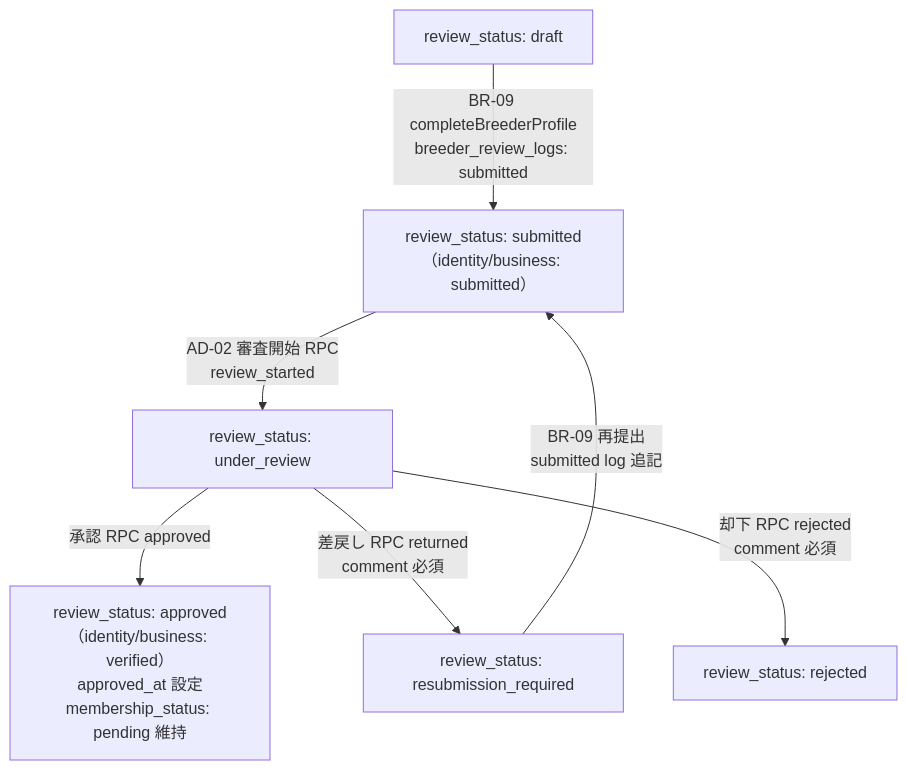
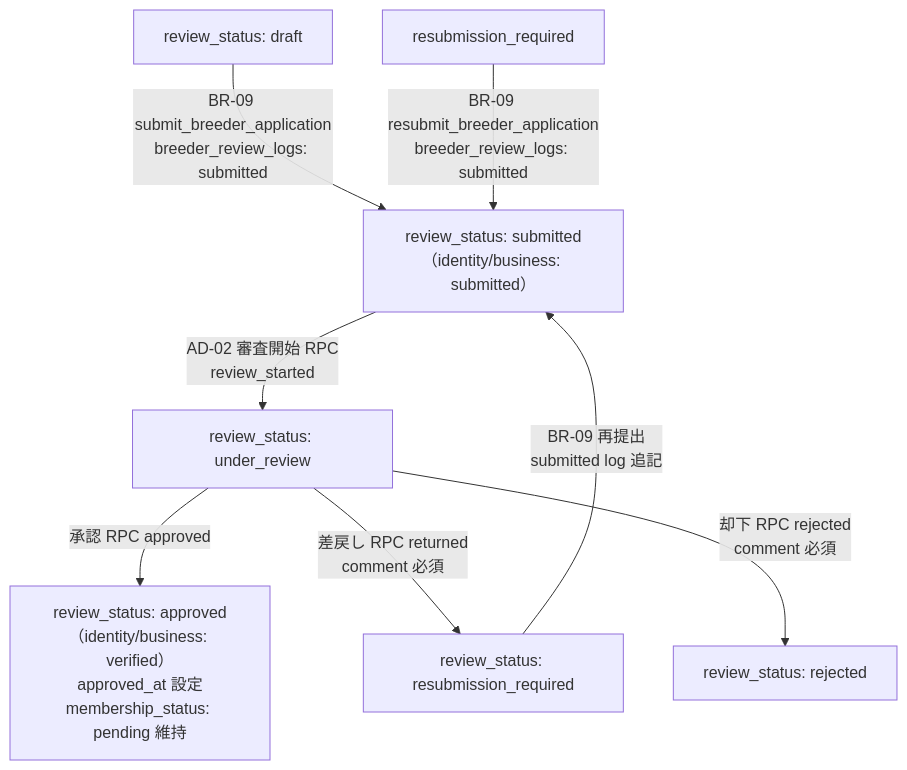
The second of 2 diagrams in docs/03_業務フロー/README.md (koji-isono/WithTama), drawn with Mermaid before and after one commit. The commit also changed other lines of this file and 19 other files, not shown here.

First line of the commit message:
feat(BR-09): add breeder submit/resubmit RPCs with atomic submitted log

````diff
--- a/docs/03_業務フロー/README.md
+++ b/docs/03_業務フロー/README.md
@@ -87,16 +87,17 @@
 ```mermaid
 flowchart TD
   draft["review_status: draft"]
   submitted["review_status: submitted\n（identity/business: submitted）"]
   under["review_status: under_review"]
   approved["review_status: approved\n（identity/business: verified）\napproved_at 設定\nmembership_status: pending 維持"]
   resubmit["review_status: resubmission_required"]
   rejected["review_status: rejected"]
 
-  draft -->|"BR-09 completeBreederProfile\nbreeder_review_logs: submitted"| submitted
+  draft -->|"BR-09 submit_breeder_application\nbreeder_review_logs: submitted"| submitted
+  resubmission_required -->|"BR-09 resubmit_breeder_application\nbreeder_review_logs: submitted"| submitted
   submitted -->|"AD-02 審査開始 RPC\nreview_started"| under
   resubmit -->|"BR-09 再提出\nsubmitted log 追記"| submitted
   under -->|"承認 RPC approved"| approved
   under -->|"差戻し RPC returned\ncomment 必須"| resubmit
   under -->|"却下 RPC rejected\ncomment 必須"| rejected
 ```
````
